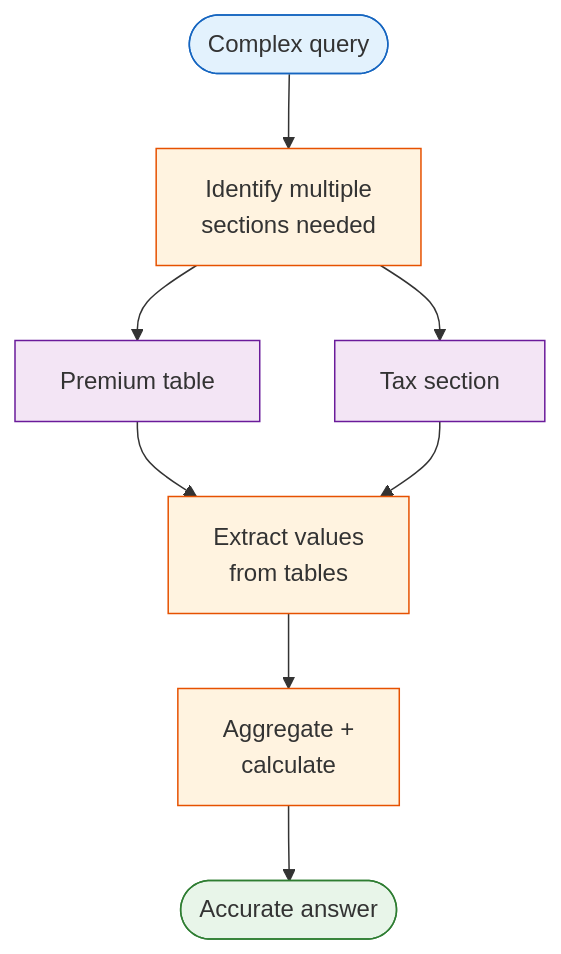
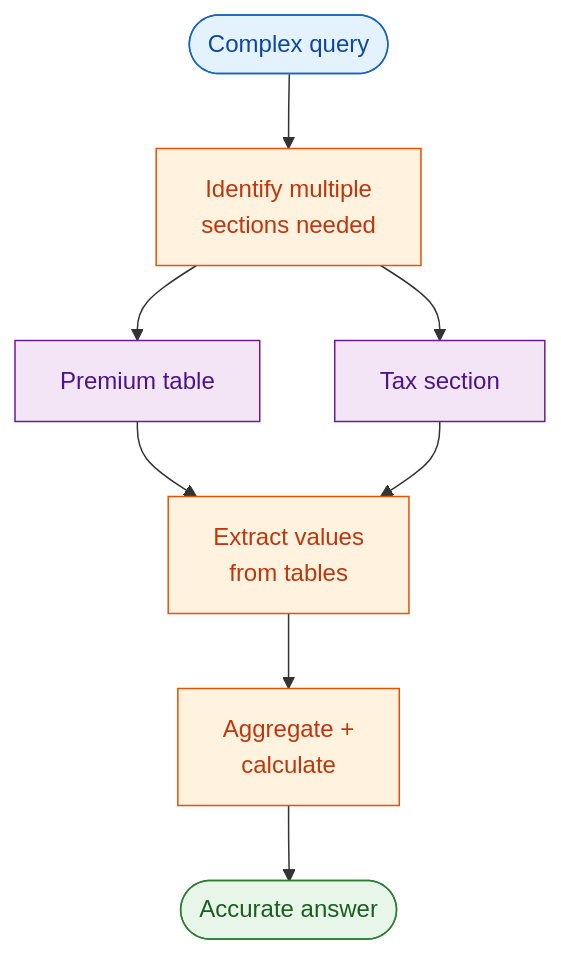
The sixth of 6 diagrams in lab2/lab2_vectorless_rag_advanced.md (AyushSinghRana15/Vectorless-RAG), drawn with Mermaid before and after one commit. The commit also changed other lines of this file and 1 other file, not shown here.

Commit message:
Add explicit text colors to all Mermaid diagram nodes for visibility

````diff
--- a/lab2/lab2_vectorless_rag_advanced.md
+++ b/lab2/lab2_vectorless_rag_advanced.md
@@ -466,17 +473,17 @@
 ```mermaid
 flowchart TD
     A(["Complex query"]) --> B["Identify multiple\nsections needed"]
     B --> C["Premium table"]
     B --> D["Tax section"]
     C --> E["Extract values\nfrom tables"]
     D --> E
     E --> F["Aggregate +\ncalculate"]
     F --> G(["Accurate answer"])
-    style A fill:#e3f2fd,stroke:#1565c0
-    style G fill:#e8f5e9,stroke:#2e7d32
-    style B fill:#fff3e0,stroke:#e65100
-    style E fill:#fff3e0,stroke:#e65100
-    style F fill:#fff3e0,stroke:#e65100
-    style C fill:#f3e5f5,stroke:#6a1b9a
-    style D fill:#f3e5f5,stroke:#6a1b9a
+    style A fill:#e3f2fd,stroke:#1565c0,color:#0d47a1
+    style B fill:#fff3e0,stroke:#e65100,color:#bf360c
+    style C fill:#f3e5f5,stroke:#6a1b9a,color:#4a148c
+    style D fill:#f3e5f5,stroke:#6a1b9a,color:#4a148c
+    style E fill:#fff3e0,stroke:#e65100,color:#bf360c
+    style F fill:#fff3e0,stroke:#e65100,color:#bf360c
+    style G fill:#e8f5e9,stroke:#2e7d32,color:#1b5e20
 ```
````
